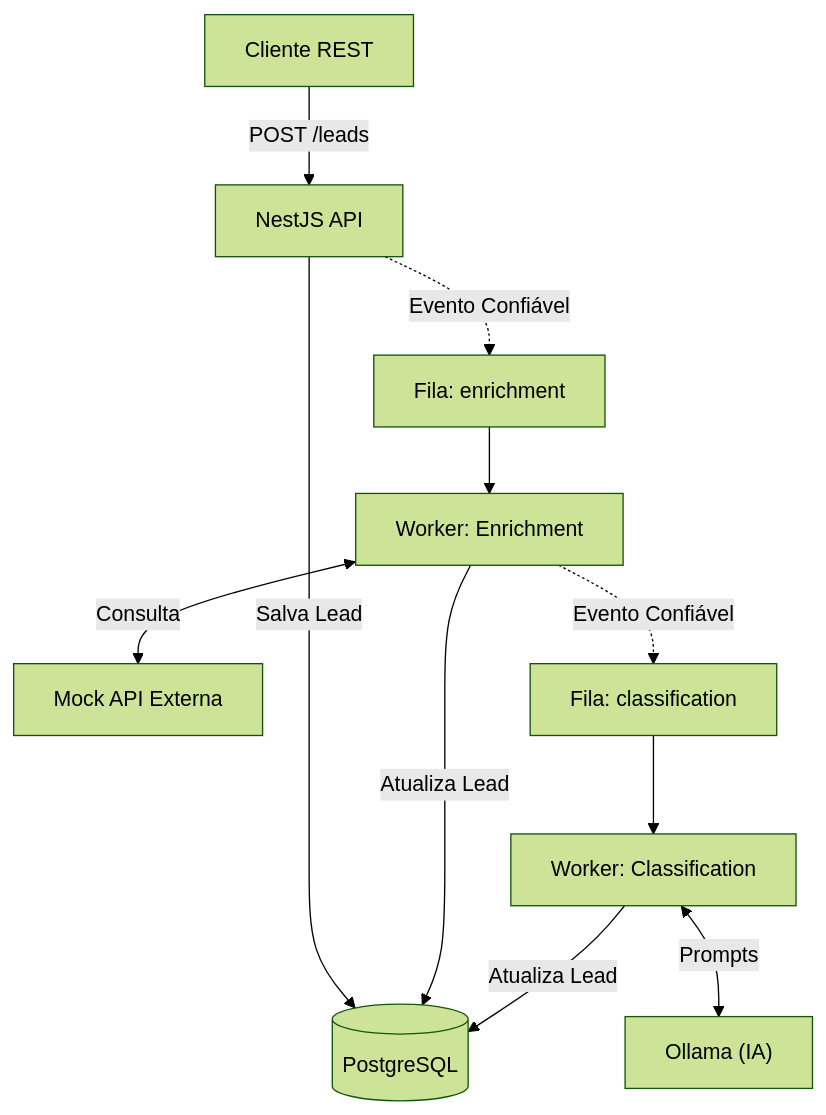
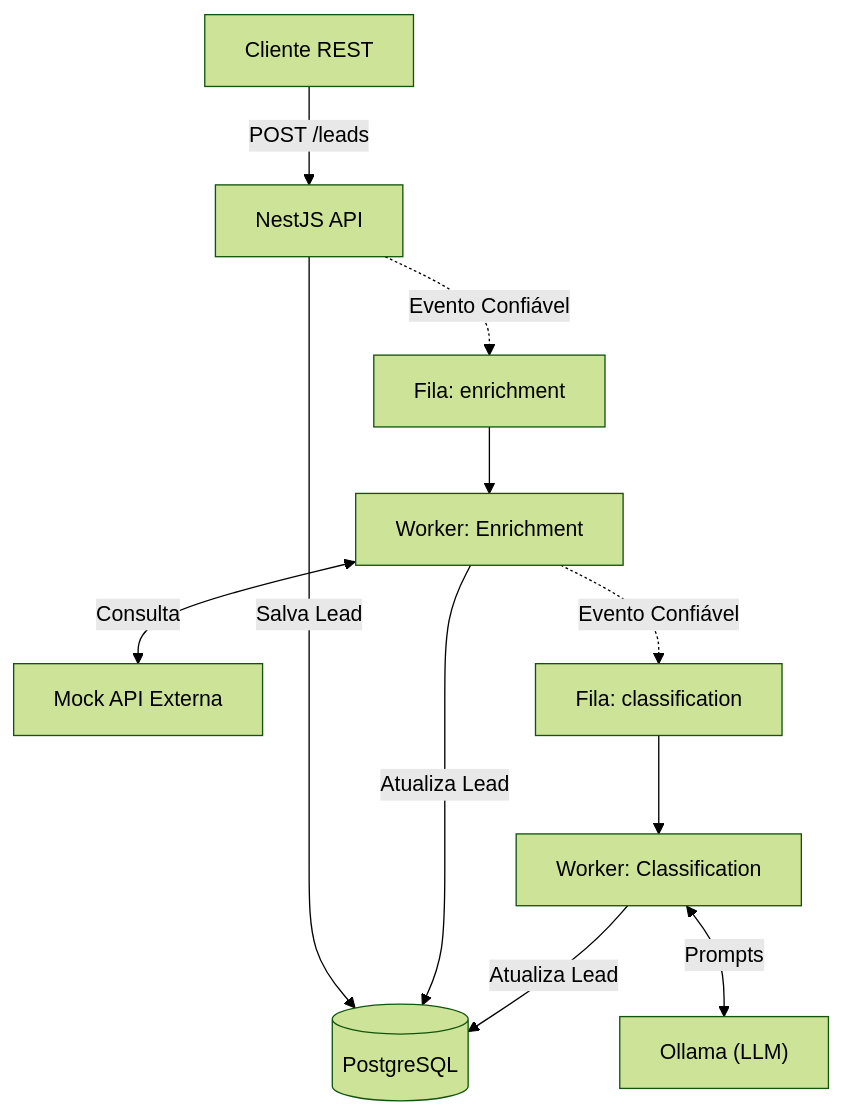
The first of 3 diagrams in README.pt-BR.md (luluopa/semantic-lead-intelligence-engine), drawn with Mermaid (forest theme) before and after one commit. The commit also changed 8 other files, not shown here.

Commit message:
docs: update terminology in README and README.pt-BR to replace 'Ollama (AI)' with 'Ollama (LLM)' for consistency

````diff
--- a/README.pt-BR.md
+++ b/README.pt-BR.md
@@ -39,16 +39,16 @@
 ```mermaid
 flowchart TD
     Client["Cliente REST"] -->|POST /leads| API["NestJS API"]
     
     API -->|Salva Lead| DB[(PostgreSQL)]
     API -.->|Evento Confiável| Q_Enrich["Fila: enrichment"]
     
     Q_Enrich --> W_Enrich["Worker: Enrichment"]
     W_Enrich <-->|Consulta| MockAPI["Mock API Externa"]
     W_Enrich -->|Atualiza Lead| DB
     W_Enrich -.->|Evento Confiável| Q_Class["Fila: classification"]
     
     Q_Class --> W_Class["Worker: Classification"]
-    W_Class <-->|Prompts| Ollama["Ollama (IA)"]
+    W_Class <-->|Prompts| Ollama["Ollama (LLM)"]
     W_Class -->|Atualiza Lead| DB
 ```
````
